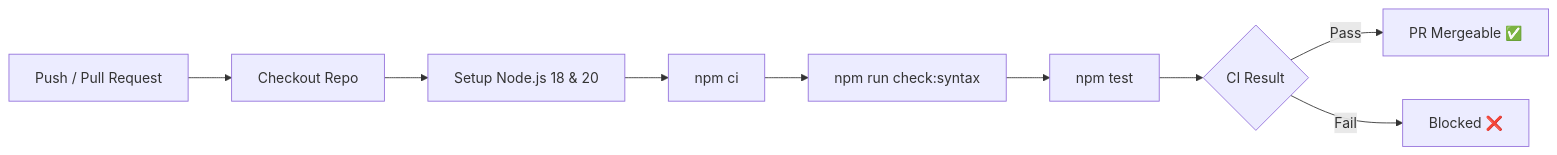
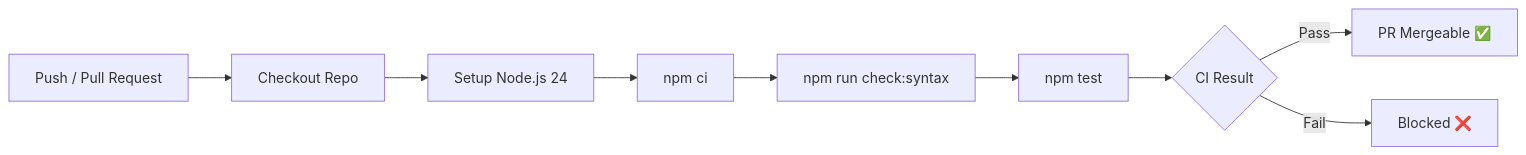
Before and after one commit to saappleg/DueVinci: the diagram in wiki/Testing-&-CI-CD.md, drawn with Mermaid. The commit also changed other lines of this file and 12 other files, not shown here.

````diff
--- a/wiki/Testing-&-CI-CD.md
+++ b/wiki/Testing-&-CI-CD.md
@@ -56,11 +56,11 @@
 ```mermaid
 flowchart LR
     Push[Push / Pull Request] --> Checkout[Checkout Repo]
-    Checkout --> SetupNode[Setup Node.js 18 & 20]
+    Checkout --> SetupNode[Setup Node.js 24]
     SetupNode --> Install[npm ci]
     Install --> Syntax[npm run check:syntax]
     Syntax --> Test[npm test]
     Test --> Status{CI Result}
     Status -->|Pass| Ready[PR Mergeable ✅]
     Status -->|Fail| Block[Blocked ❌]
 ```
````
